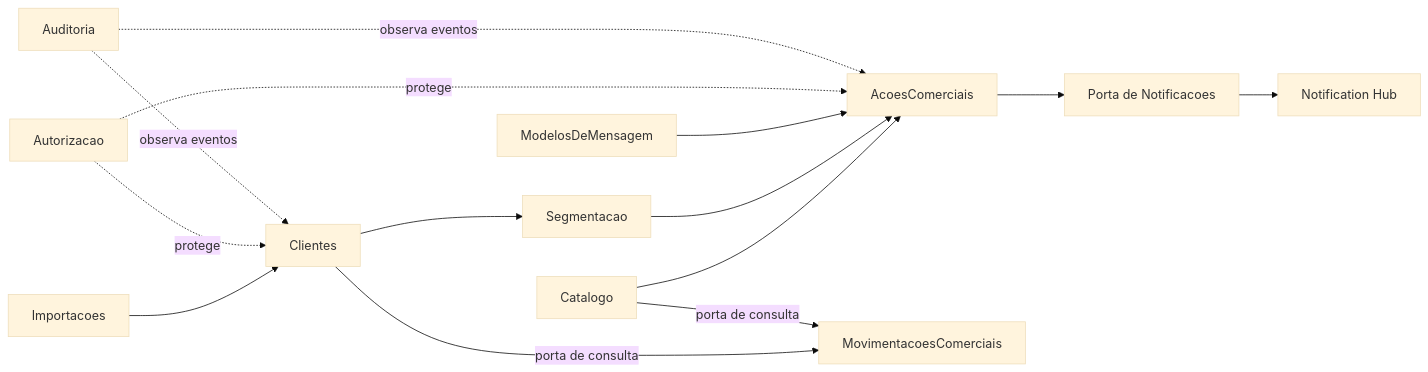
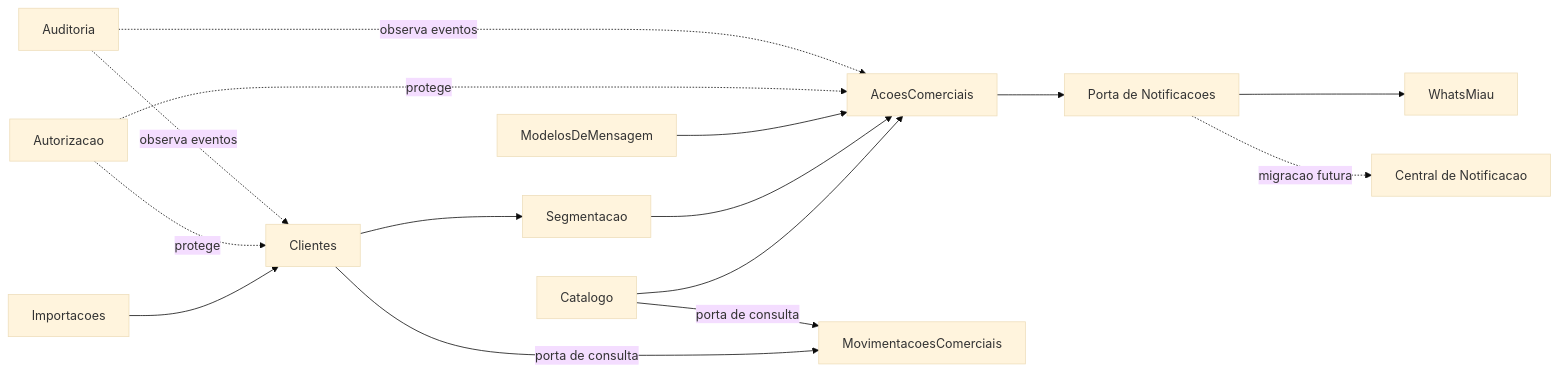
Before and after one commit to gustavodrager/lavamais-crm: the diagram in docs/07-tecnico/arquitetura/02-modulos-e-dependencias.md, drawn with Mermaid (base theme). The commit also changed 186 other files, not shown here.

````diff
--- a/docs/07-tecnico/arquitetura/02-modulos-e-dependencias.md
+++ b/docs/07-tecnico/arquitetura/02-modulos-e-dependencias.md
@@ -20,16 +20,17 @@
 ```mermaid
 flowchart LR
     I[Importacoes] --> C[Clientes]
     C --> S[Segmentacao]
     G[Catalogo] --> A[AcoesComerciais]
     S --> A
     M[ModelosDeMensagem] --> A
     A --> P[Porta de Notificacoes]
-    P --> H[Notification Hub]
+    P --> W[WhatsMiau]
+    P -. migracao futura .-> H[Central de Notificacao]
     AU[Autorizacao] -. protege .-> A
     AU -. protege .-> C
     AD[Auditoria] -. observa eventos .-> A
     AD -. observa eventos .-> C
     C -->|porta de consulta| MV[MovimentacoesComerciais]
     G -->|porta de consulta| MV
 ```
````
